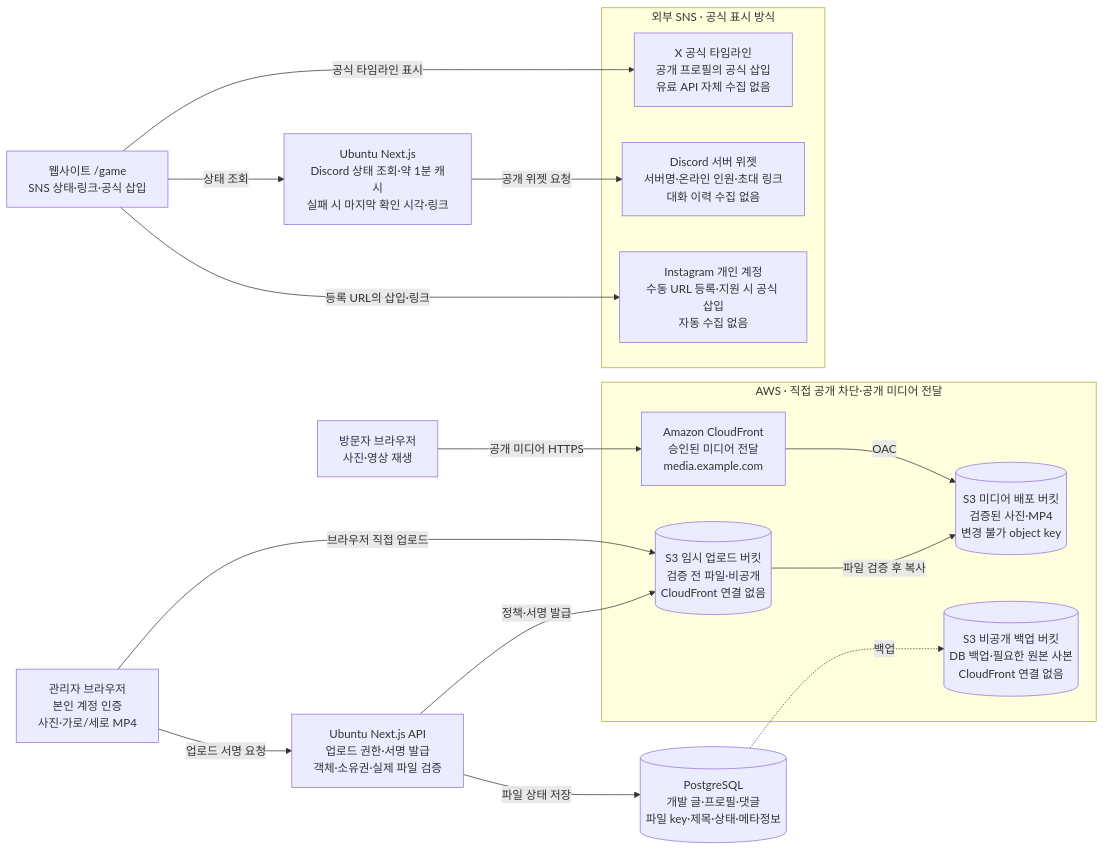
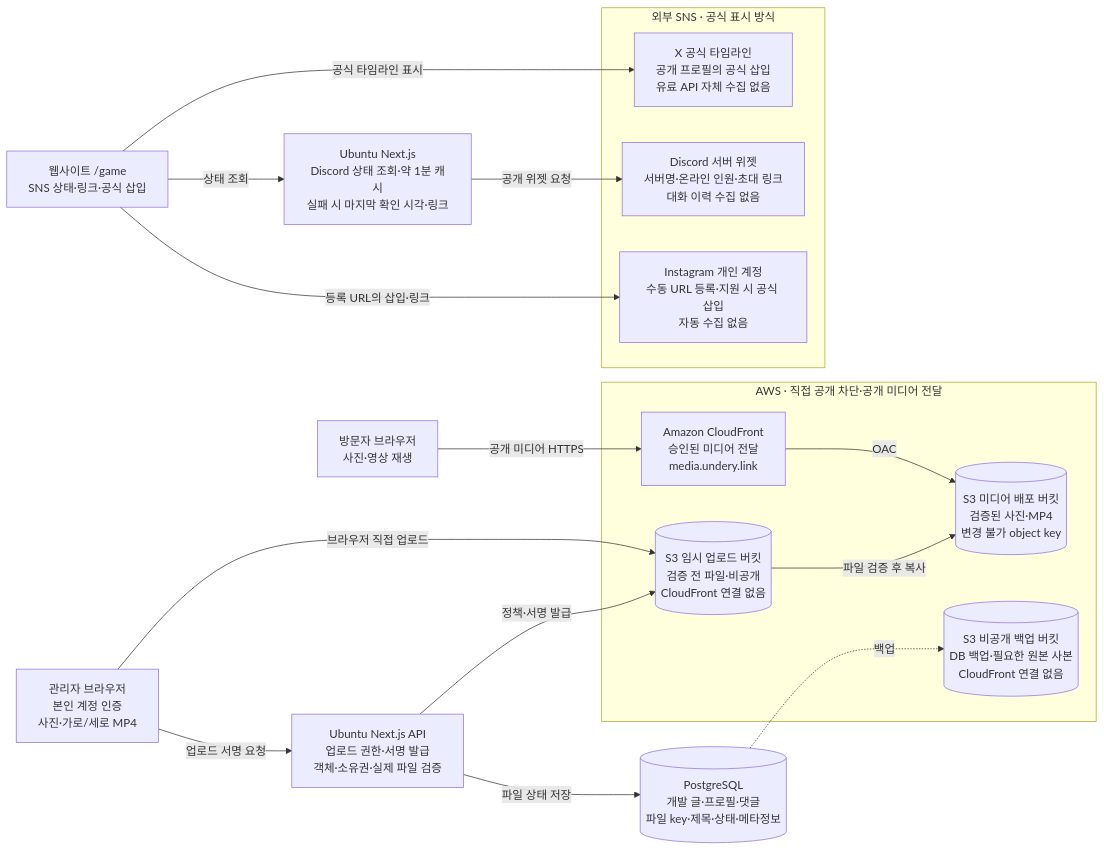
Before and after one commit to Undery33/Introduce_Page: the third of 3 diagrams in README.md, drawn with Mermaid. The commit also changed other lines of this file and 1 other file, not shown here.

````diff
--- a/README.md
+++ b/README.md
@@ -899,30 +945,30 @@
 ```mermaid
 flowchart LR
     ADMIN[관리자 브라우저<br/>본인 계정 인증<br/>사진·가로/세로 MP4]
     U[방문자 브라우저<br/>사진·영상 재생]
     API[Ubuntu Next.js API<br/>업로드 권한·서명 발급<br/>객체·소유권·실제 파일 검증]
     DB[(PostgreSQL<br/>개발 글·프로필·댓글<br/>파일 key·제목·상태·메타정보)]
     subgraph AWS[AWS · 직접 공개 차단·공개 미디어 전달]
         TEMP[(S3 임시 업로드 버킷<br/>검증 전 파일·비공개<br/>CloudFront 연결 없음)]
         PUB[(S3 미디어 배포 버킷<br/>검증된 사진·MP4<br/>변경 불가 object key)]
         BACK[(S3 비공개 백업 버킷<br/>DB 백업·필요한 원본 사본<br/>CloudFront 연결 없음)]
-        CF[Amazon CloudFront<br/>승인된 미디어 전달<br/>media.example.com]
+        CF[Amazon CloudFront<br/>승인된 미디어 전달<br/>media.undery.link]
     end
     ADMIN -->|업로드 서명 요청| API
     API -->|정책·서명 발급| TEMP
     ADMIN -->|브라우저 직접 업로드| TEMP
     TEMP -->|파일 검증 후 복사| PUB
     API -->|파일 상태 저장| DB
     DB -. 백업 .-> BACK
     U -->|공개 미디어 HTTPS| CF -->|OAC| PUB
     GAME[웹사이트 /game<br/>SNS 상태·링크·공식 삽입]
     SERVER[Ubuntu Next.js<br/>Discord 상태 조회·약 1분 캐시<br/>실패 시 마지막 확인 시각·링크]
     subgraph SNS[외부 SNS · 공식 표시 방식]
         X[X 공식 타임라인<br/>공개 프로필의 공식 삽입<br/>유료 API 자체 수집 없음]
         DIS[Discord 서버 위젯<br/>서버명·온라인 인원·초대 링크<br/>대화 이력 수집 없음]
         IG[Instagram 개인 계정<br/>수동 URL 등록·지원 시 공식 삽입<br/>자동 수집 없음]
     end
     GAME -->|상태 조회| SERVER -->|공개 위젯 요청| DIS
     GAME -->|공식 타임라인 표시| X
     GAME -->|등록 URL의 삽입·링크| IG
 ```
````
